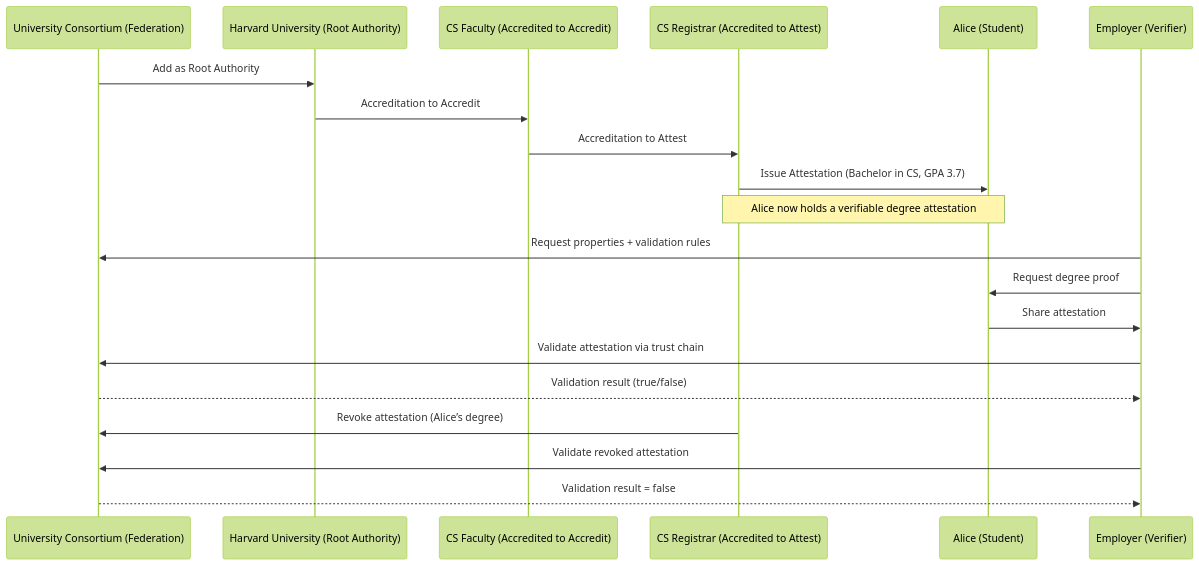
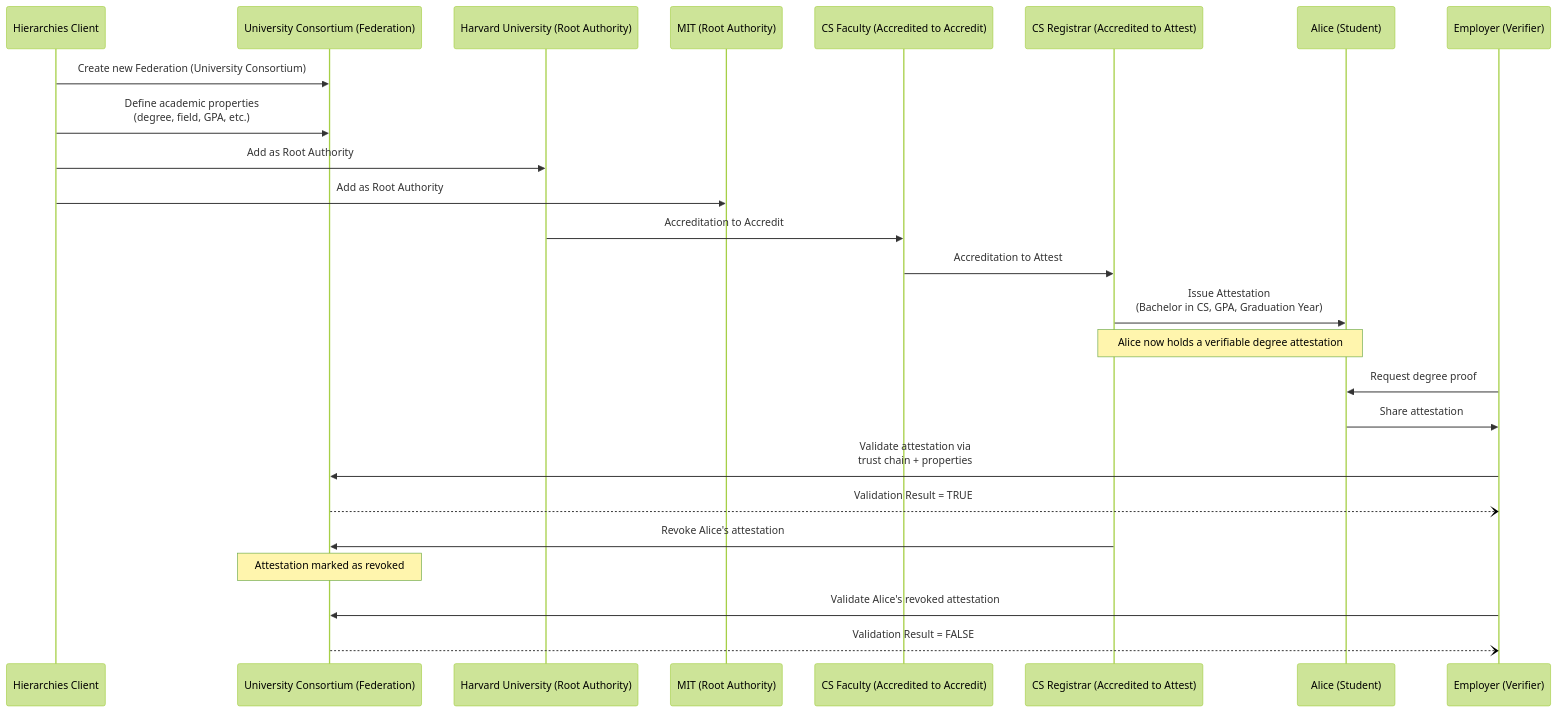
Before and after one commit to iotaledger/iota: the diagram in docs/content/developer/workshops/hierarchy-workshop.mdx, drawn with Mermaid (forest theme). The commit also changed other lines of this file and 1 other file, not shown here.

````diff
--- a/docs/content/developer/workshops/hierarchy-workshop.mdx
+++ b/docs/content/developer/workshops/hierarchy-workshop.mdx
@@ -35,26 +35,48 @@
 ```mermaid
 sequenceDiagram
-    participant Consortium as University Consortium (Federation)
+    %% Participants
+    participant Client as Hierarchies Client
+    participant Federation as University Consortium (Federation)
     participant Harvard as Harvard University (Root Authority)
+    participant MIT as MIT (Root Authority)
     participant Faculty as CS Faculty (Accredited to Accredit)
     participant Registrar as CS Registrar (Accredited to Attest)
     participant Alice as Alice (Student)
     participant Employer as Employer (Verifier)
 
-    Consortium->>Harvard: Add as Root Authority
+    %% Step 1 — Federation Creation
+    Client->>Federation: Create new Federation (University Consortium)
+
+    %% Step 2 — Property Setup
+    Client->>Federation: Define academic properties<br/>(degree, field, GPA, etc.)
+
+    %% Step 3 — Add Root Authorities
+    Client->>Harvard: Add as Root Authority
+    Client->>MIT: Add as Root Authority
+
+    %% Step 4 — Delegate Accreditation
     Harvard->>Faculty: Accreditation to Accredit
+
+    %% Step 5 — Delegate Attestation Rights
     Faculty->>Registrar: Accreditation to Attest
-    Registrar->>Alice: Issue Attestation (Bachelor in CS, GPA 3.7)
+
+    %% Step 6 — Attestation Issuance
+    Registrar->>Alice: Issue Attestation<br/>(Bachelor in CS, GPA, Graduation Year)
 
     note over Alice,Registrar: Alice now holds a verifiable degree attestation
 
-    Employer->>Consortium: Request properties + validation rules
+    %% Step 7 — Validation
     Employer->>Alice: Request degree proof
     Alice->>Employer: Share attestation
-    Employer->>Consortium: Validate attestation via trust chain
-    Consortium-->>Employer: Validation result (true/false)
+    Employer->>Federation: Validate attestation via<br/>trust chain + properties
+    Federation--)Employer: Validation Result = TRUE
 
-    Registrar->>Consortium: Revoke attestation (Alice’s degree)
-    Employer->>Consortium: Validate revoked attestation
-    Consortium-->>Employer: Validation result = false
+    %% Step 8 — Revocation
+    Registrar->>Federation: Revoke Alice's attestation
+    note over Federation: Attestation marked as revoked
+
+    %% Step 9 — Post-Revocation Validation
+    Employer->>Federation: Validate Alice's revoked attestation
+    Federation--)Employer: Validation Result = FALSE
+
 ```
````
